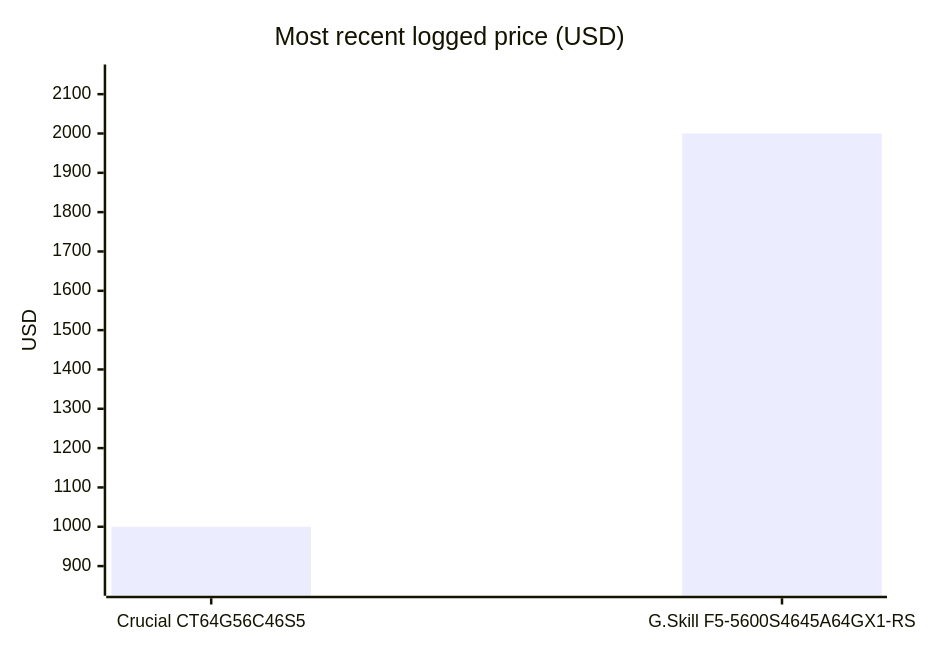
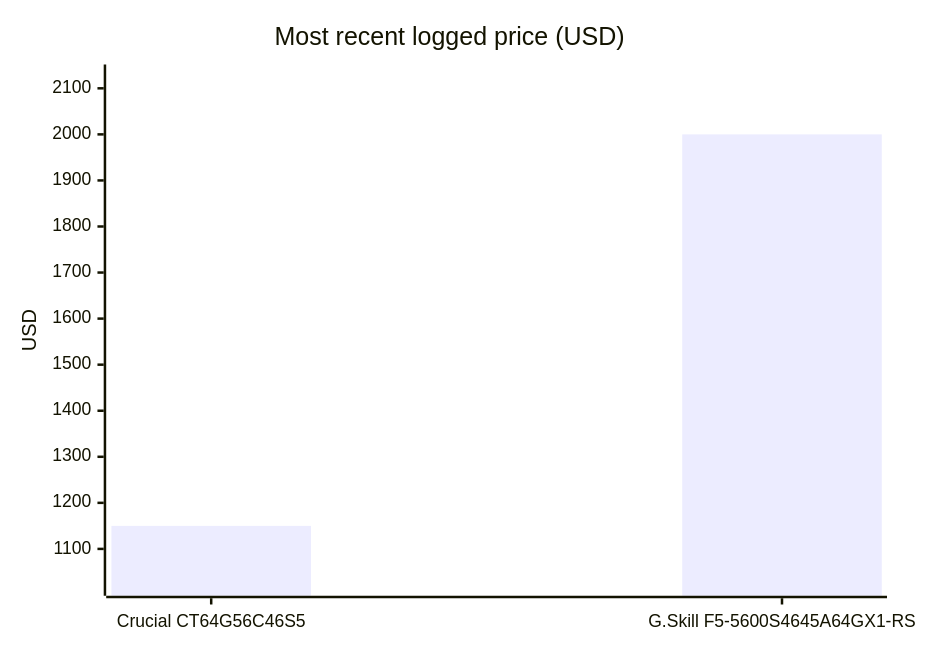
Before and after one commit to 7324136828/4tb_ssd_price_watch: the fourth of 18 diagrams in README.md, drawn with Mermaid. The commit also changed other lines of this file, not shown here.

````diff
--- a/README.md
+++ b/README.md
@@ -583,7 +637,7 @@
 ```mermaid
 xychart-beta
     title "Most recent logged price (USD)"
     x-axis ["Crucial CT64G56C46S5", "G.Skill F5-5600S4645A64GX1-RS"]
-    y-axis "USD" 850 --> 2150
-    bar [1000.00, 1999.99]
+    y-axis "USD" 1020 --> 2130
+    bar [1149.99, 1999.99]
 ```
````
